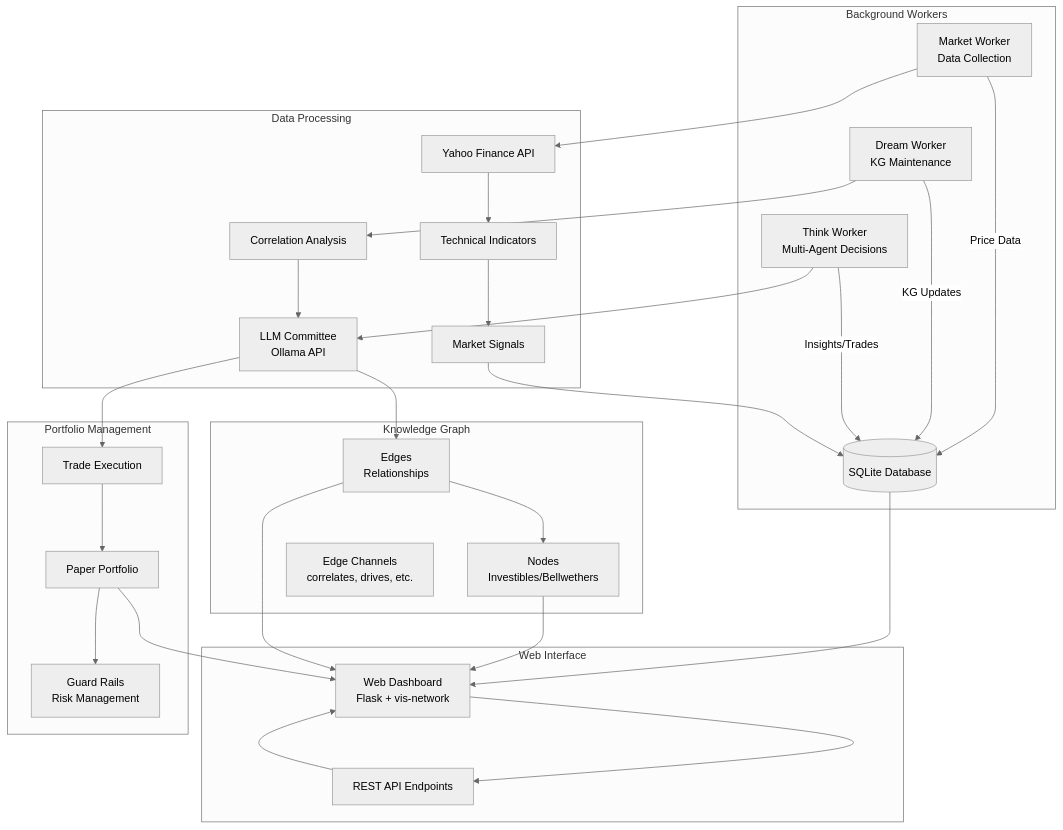
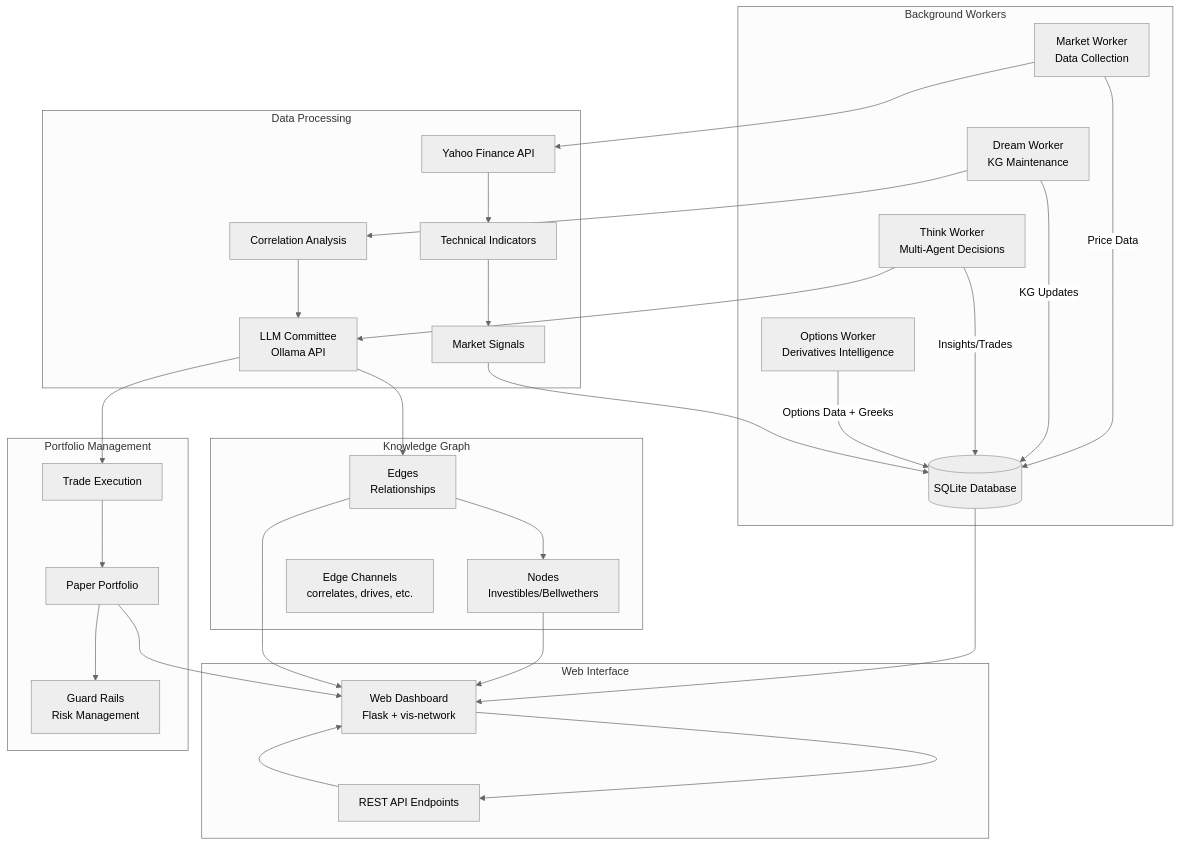
Before and after one commit to zad0xlik/kgdreaminvest: the first of 4 diagrams in README.md, drawn with Mermaid (neutral theme). The commit also changed other lines of this file and 24 other files, not shown here.

First line of the commit message:
feat: Complete options trading intelligence layer implementation

````diff
--- a/README.md
+++ b/README.md
@@ -19,58 +19,61 @@
 ```mermaid
 graph TB
     subgraph "Web Interface"
         UI[Web Dashboard<br/>Flask + vis-network]
         UI --> API[REST API Endpoints]
         API --> UI
     end
 
     subgraph "Background Workers"
         MarketWorker[Market Worker<br/>Data Collection]
         DreamWorker[Dream Worker<br/>KG Maintenance]
         ThinkWorker[Think Worker<br/>Multi-Agent Decisions]
+        OptionsWorker[Options Worker<br/>Derivatives Intelligence]
         
         MarketWorker -->|Price Data| DB[(SQLite Database)]
         DreamWorker -->|KG Updates| DB
         ThinkWorker -->|Insights/Trades| DB
+        OptionsWorker -->|Options Data + Greeks| DB
     end
+
 
     subgraph "Data Processing"
         YahooAPI[Yahoo Finance API]
         Indicators[Technical Indicators]
         Signals[Market Signals]
         Correlation[Correlation Analysis]
         LLM[LLM Committee<br/>Ollama API]
     end
 
     subgraph "Knowledge Graph"
         Nodes[Nodes<br/>Investibles/Bellwethers]
         Edges[Edges<br/>Relationships]
         Channels[Edge Channels<br/>correlates, drives, etc.]
     end
 
     subgraph "Portfolio Management"
         Portfolio[Paper Portfolio]
         Trades[Trade Execution]
         Guardrails[Guard Rails<br/>Risk Management]
     end
 
     MarketWorker --> YahooAPI
     YahooAPI --> Indicators
     Indicators --> Signals
     Signals --> DB
     
     DreamWorker --> Correlation
     Correlation --> LLM
     LLM --> Edges
     Edges --> Nodes
     
     ThinkWorker --> LLM
     LLM --> Trades
     Trades --> Portfolio
     Portfolio --> Guardrails
     
     DB --> UI
     Nodes --> UI
     Edges --> UI
     Portfolio --> UI
 ```
````
